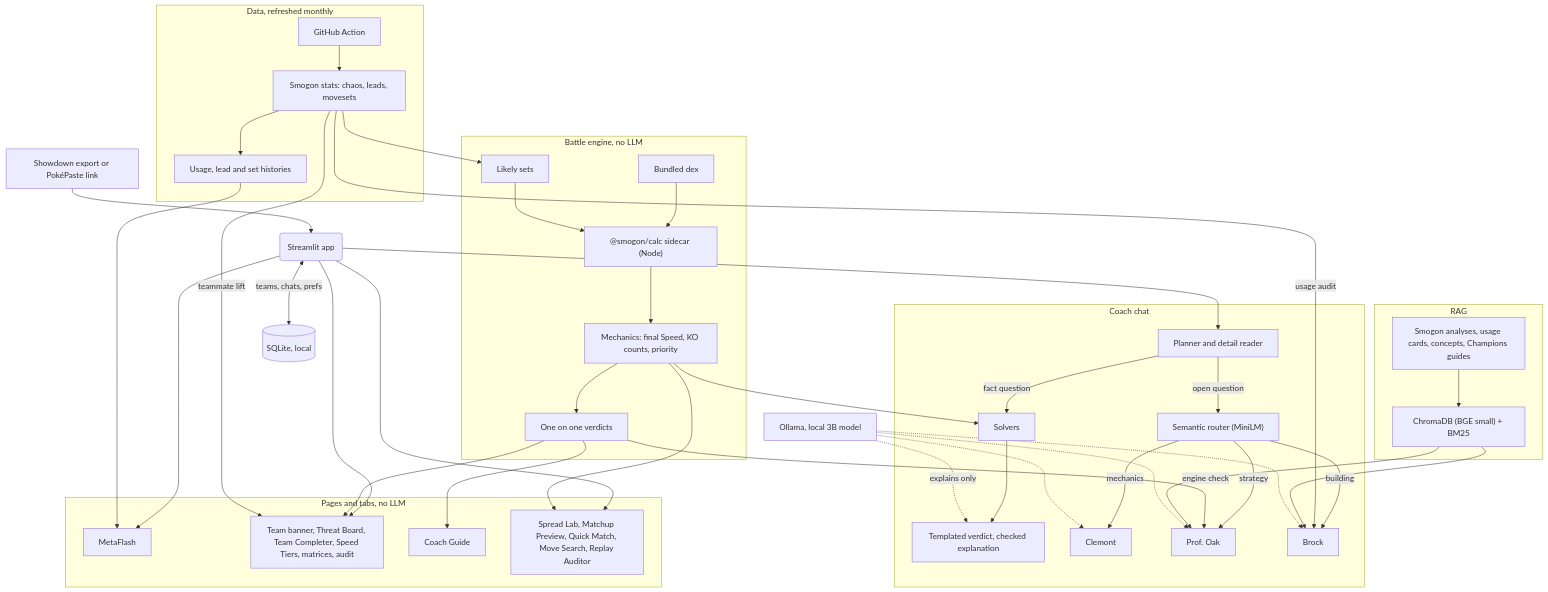
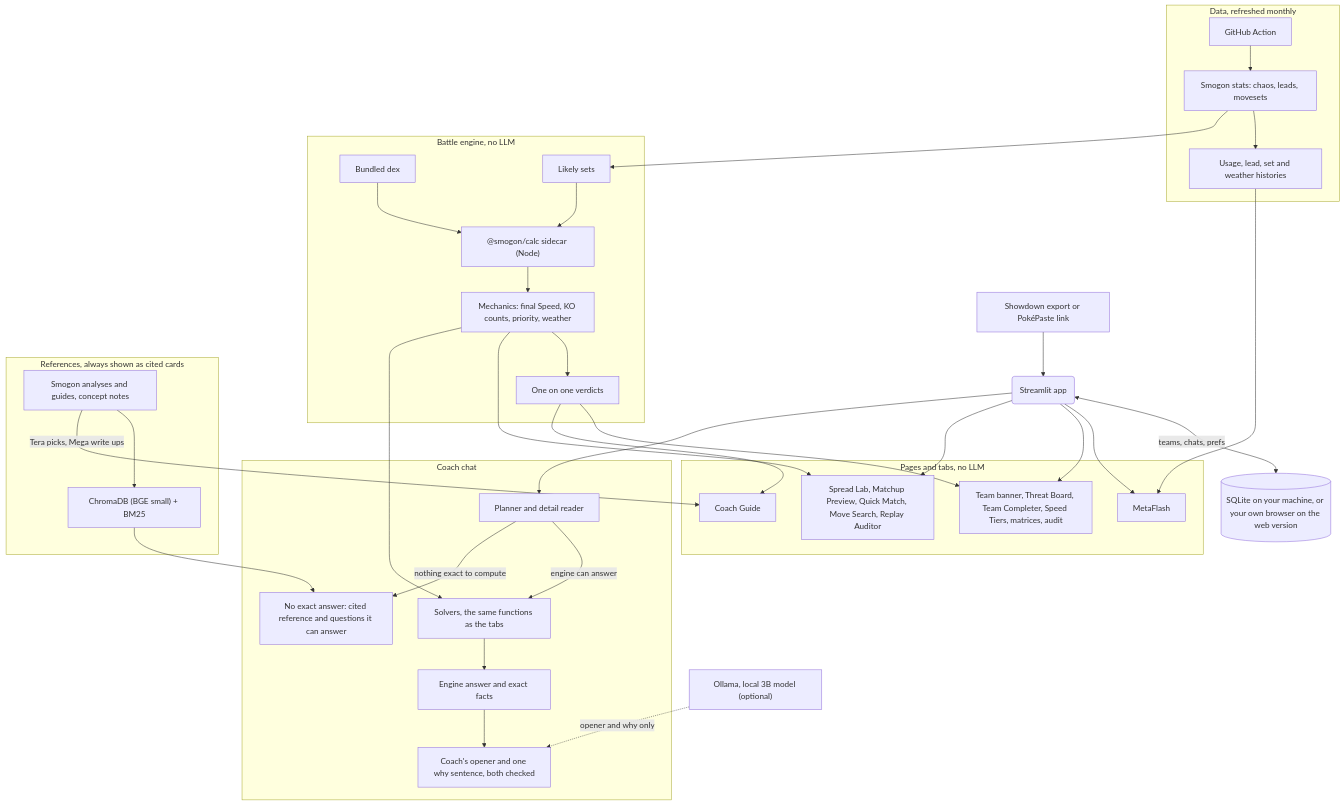
The first of 2 diagrams in README.md (NamikazeAsh/MetaMatch), drawn with Mermaid before and after one commit. The commit also changed other lines of this file and 1 other file, not shown here.

Commit message:
Rewrite the README's chat and architecture sections for the current app and move them up

````diff
--- a/README.md
+++ b/README.md
@@ -216,75 +34,65 @@
 ```mermaid
 graph TD
     IN["Showdown export or PokéPaste link"] --> APP("Streamlit app")
-    APP <-->|"teams, chats, prefs"| DB[("SQLite, local")]
+    APP <-->|"teams, chats, prefs"| STORE[("SQLite on your machine, or your own browser on the web version")]
 
     subgraph DATA ["Data, refreshed monthly"]
         CI["GitHub Action"]
         STATS["Smogon stats: chaos, leads, movesets"]
-        HIST["Usage, lead and set histories"]
+        HIST["Usage, lead, set and weather histories"]
     end
     CI --> STATS
     STATS --> HIST
 
     subgraph ENGINE ["Battle engine, no LLM"]
         DEX["Bundled dex"]
         SETS["Likely sets"]
         CALC["@smogon/calc sidecar (Node)"]
-        MECH["Mechanics: final Speed, KO counts, priority"]
+        MECH["Mechanics: final Speed, KO counts, priority, weather"]
         BOARD["One on one verdicts"]
     end
     STATS --> SETS
     DEX --> CALC
     SETS --> CALC
     CALC --> MECH
     MECH --> BOARD
 
     subgraph PAGES ["Pages and tabs, no LLM"]
         FLASH["MetaFlash"]
         DASH["Team banner, Threat Board, Team Completer, Speed Tiers, matrices, audit"]
         GUIDE["Coach Guide"]
         TOOLS["Spread Lab, Matchup Preview, Quick Match, Move Search, Replay Auditor"]
     end
     APP --> FLASH
     APP --> DASH
     APP --> TOOLS
     HIST --> FLASH
     BOARD --> DASH
     BOARD --> GUIDE
     MECH --> TOOLS
-    STATS -->|"teammate lift"| DASH
 
     subgraph CHAT ["Coach chat"]
         PL["Planner and detail reader"]
-        SO["Solvers"]
-        VF["Templated verdict, checked explanation"]
-        RT["Semantic router (MiniLM)"]
-        CL["Clemont"]
-        OAK["Prof. Oak"]
-        BR["Brock"]
+        SO["Solvers, the same functions as the tabs"]
+        PK["Engine answer and exact facts"]
+        VO["Coach's opener and one why sentence, both checked"]
+        FB["No exact answer: cited reference and questions it can answer"]
     end
     APP --> PL
-    PL -->|"fact question"| SO
-    SO --> VF
+    PL -->|"engine can answer"| SO
     MECH --> SO
-    PL -->|"open question"| RT
-    RT -->|"mechanics"| CL
-    RT -->|"strategy"| OAK
-    RT -->|"building"| BR
-    BOARD -->|"engine check"| OAK
-    STATS -->|"usage audit"| BR
+    SO --> PK
+    PK --> VO
+    PL -->|"nothing exact to compute"| FB
 
-    subgraph RAG ["RAG"]
-        SRC["Smogon analyses, usage cards, concepts, Champions guides"]
+    subgraph REFS ["References, always shown as cited cards"]
+        SRC["Smogon analyses and guides, concept notes"]
         IDX["ChromaDB (BGE small) + BM25"]
     end
     SRC --> IDX
-    IDX --> OAK
-    IDX --> BR
+    IDX --> FB
+    SRC -->|"Tera picks, Mega write ups"| GUIDE
 
-    LLM["Ollama, local 3B model"]
-    LLM -.->|"explains only"| VF
-    LLM -.-> CL
-    LLM -.-> OAK
-    LLM -.-> BR
+    LLM["Ollama, local 3B model (optional)"]
+    LLM -.->|"opener and why only"| VO
 ```
````
